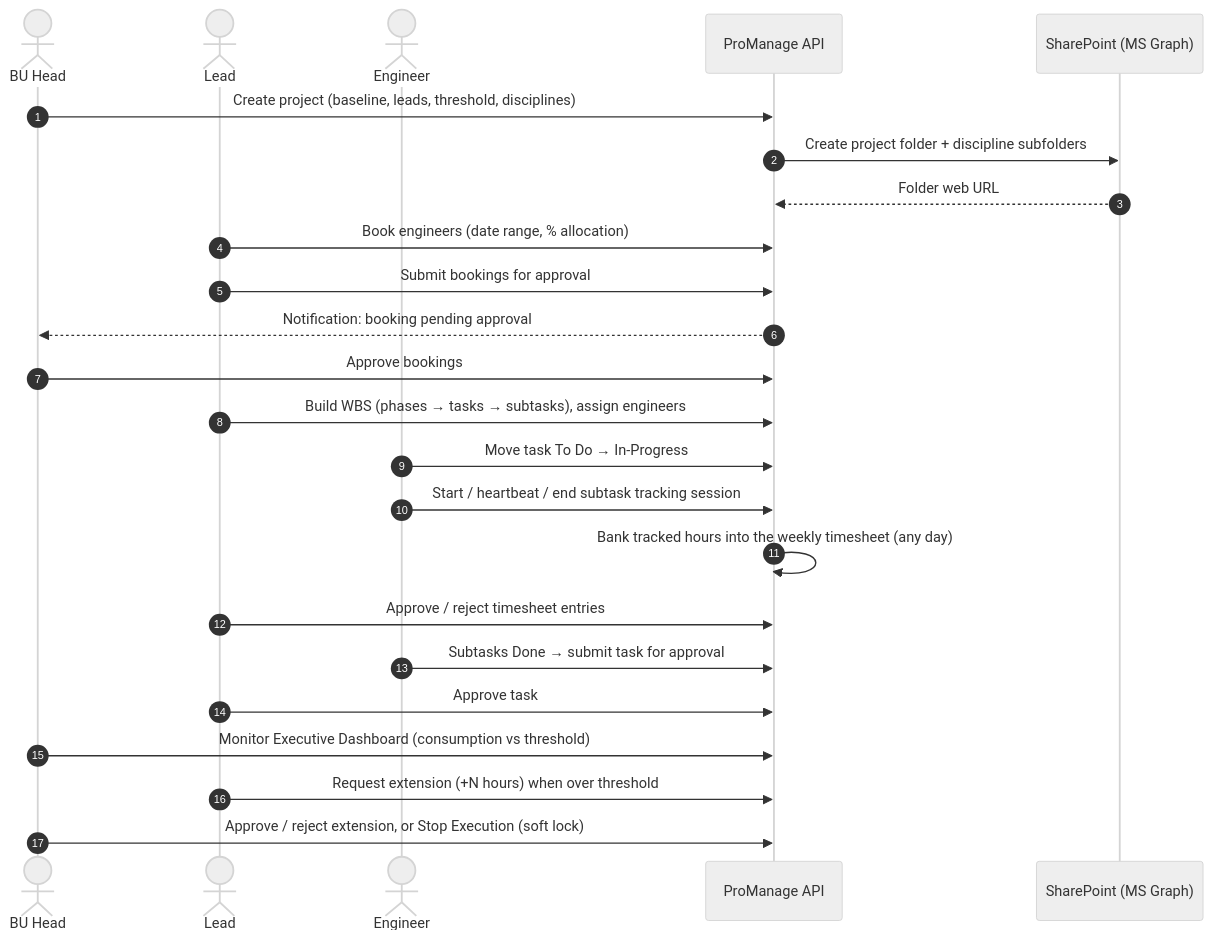
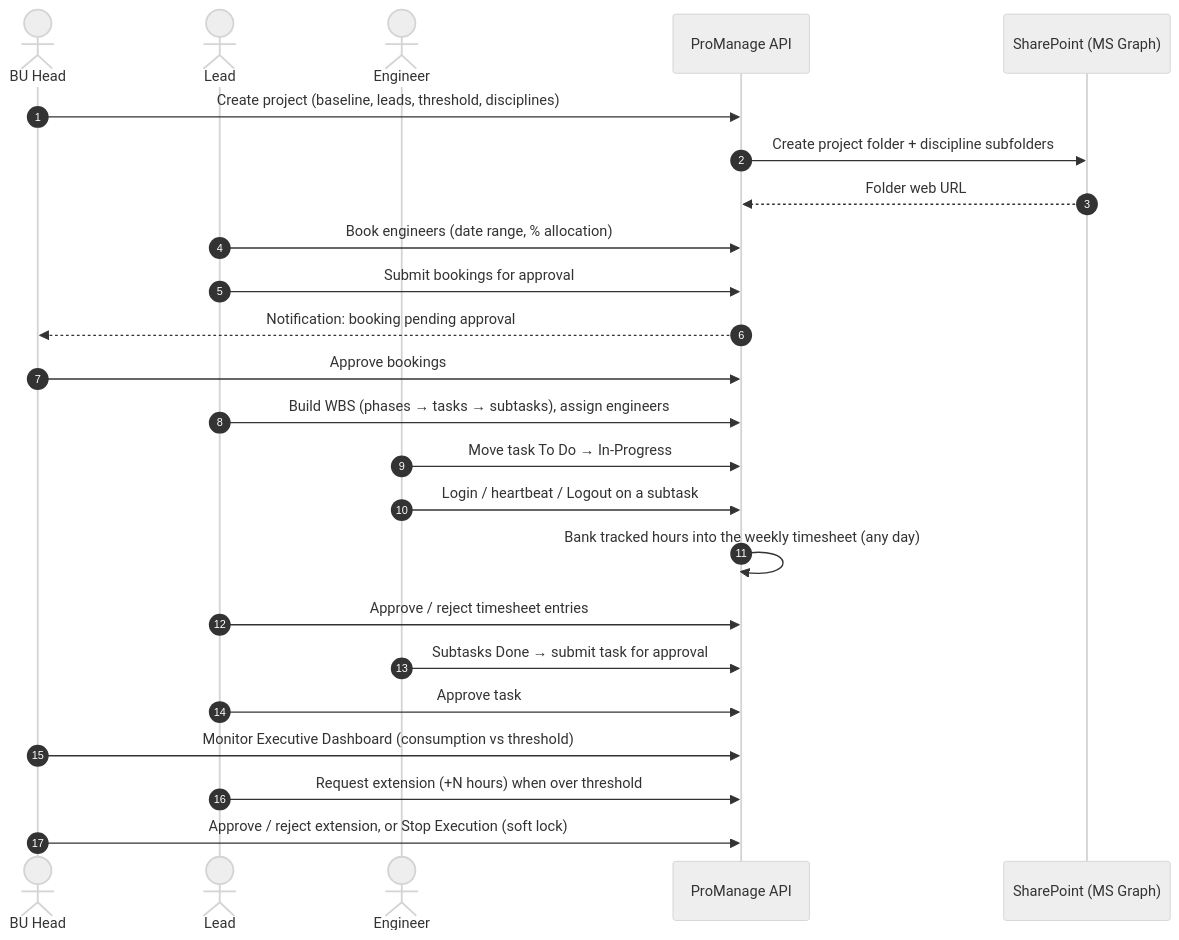
The first of 4 diagrams in docs/PROJECT_GUIDE.md (Mirageaecindia/MAEC_Proj-management_ONE_CORE_office-acc), drawn with Mermaid (neutral theme) before and after one commit. The commit also changed other lines of this file and 31 other files, not shown here.

First line of the commit message:
Hours come only from subtask Login/Logout: Logout minus Login, paused while the laptop is off

````diff
--- a/docs/PROJECT_GUIDE.md
+++ b/docs/PROJECT_GUIDE.md
@@ -61,27 +61,27 @@
 ```mermaid
 sequenceDiagram
     autonumber
     actor BU as BU Head
     actor L as Lead
     actor E as Engineer
     participant API as ProManage API
     participant SP as SharePoint (MS Graph)
 
     BU->>API: Create project (baseline, leads, threshold, disciplines)
     API->>SP: Create project folder + discipline subfolders
     SP-->>API: Folder web URL
     L->>API: Book engineers (date range, % allocation)
     L->>API: Submit bookings for approval
     API-->>BU: Notification: booking pending approval
     BU->>API: Approve bookings
     L->>API: Build WBS (phases → tasks → subtasks), assign engineers
     E->>API: Move task To Do → In-Progress
-    E->>API: Start / heartbeat / end subtask tracking session
+    E->>API: Login / heartbeat / Logout on a subtask
     API->>API: Bank tracked hours into the weekly timesheet (any day)
     L->>API: Approve / reject timesheet entries
     E->>API: Subtasks Done → submit task for approval
     L->>API: Approve task
     BU->>API: Monitor Executive Dashboard (consumption vs threshold)
     L->>API: Request extension (+N hours) when over threshold
     BU->>API: Approve / reject extension, or Stop Execution (soft lock)
 ```
````
